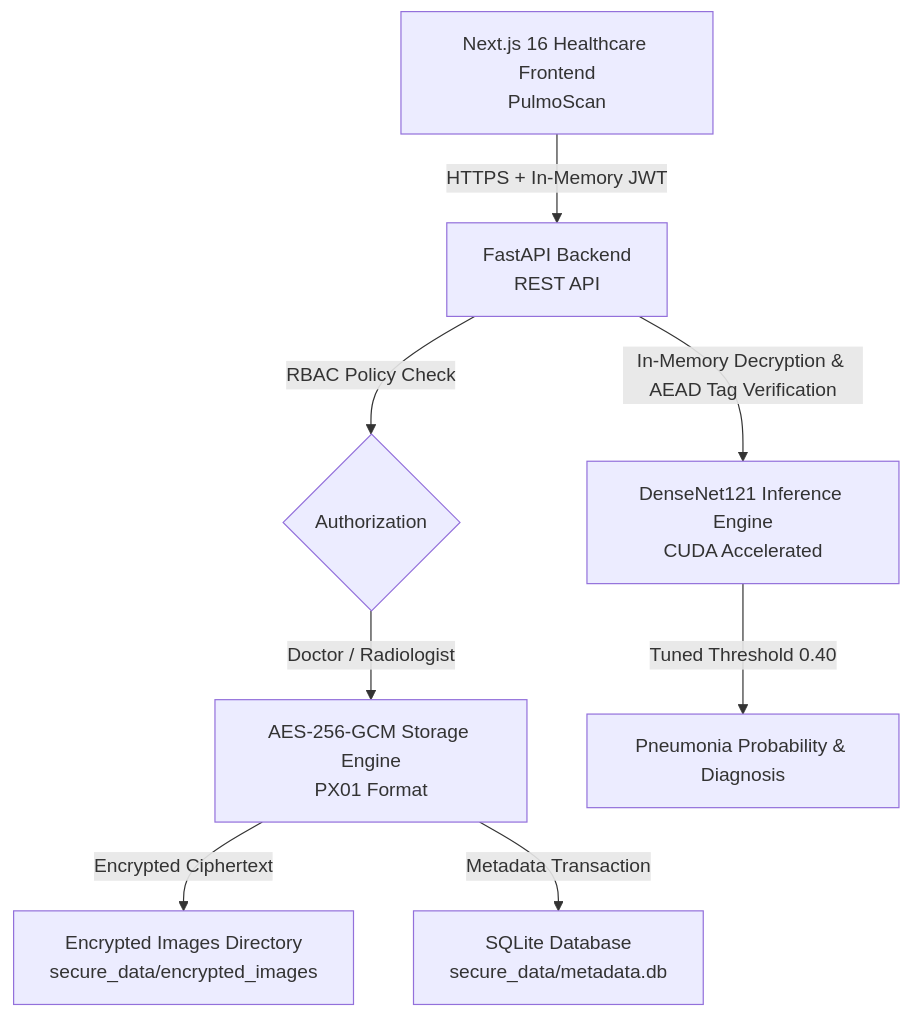
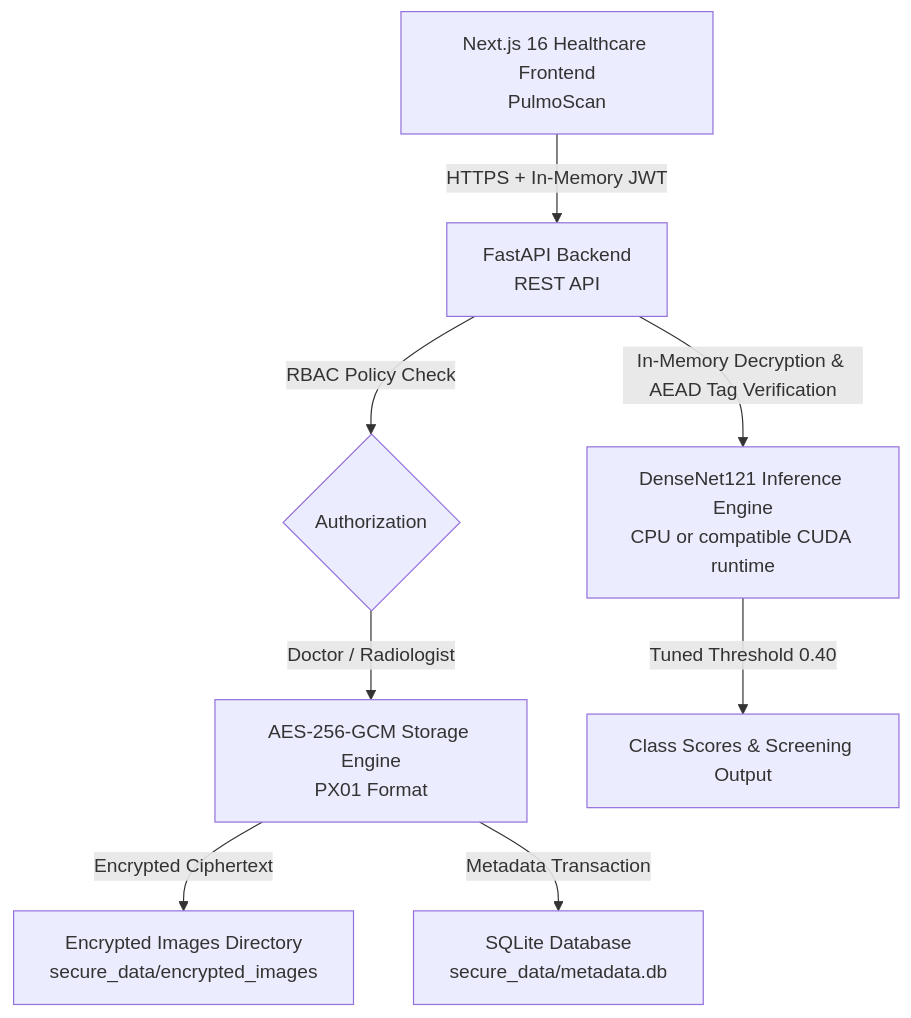
One commit to Vivekpatel2007/ISC-Project changed the diagram in README.md. Above: the diagram before and after it, drawn with Mermaid. The commit also changed other lines of this file and 16 other files, not shown here.

````diff
--- a/README.md
+++ b/README.md
@@ -9,10 +47,10 @@
 ```mermaid
 graph TD
     A[Next.js 16 Healthcare Frontend\nPulmoScan] -->|HTTPS + In-Memory JWT| B[FastAPI Backend\nREST API]
     B -->|RBAC Policy Check| C{Authorization}
     C -->|Doctor / Radiologist| D[AES-256-GCM Storage Engine\nPX01 Format]
     D -->|Encrypted Ciphertext| E[Encrypted Images Directory\nsecure_data/encrypted_images]
     D -->|Metadata Transaction| F[SQLite Database\nsecure_data/metadata.db]
-    B -->|In-Memory Decryption & AEAD Tag Verification| G[DenseNet121 Inference Engine\nCUDA Accelerated]
-    G -->|Tuned Threshold 0.40| H[Pneumonia Probability & Diagnosis]
+    B -->|In-Memory Decryption & AEAD Tag Verification| G[DenseNet121 Inference Engine\nCPU or compatible CUDA runtime]
+    G -->|Tuned Threshold 0.40| H[Class Scores & Screening Output]
 ```
````
